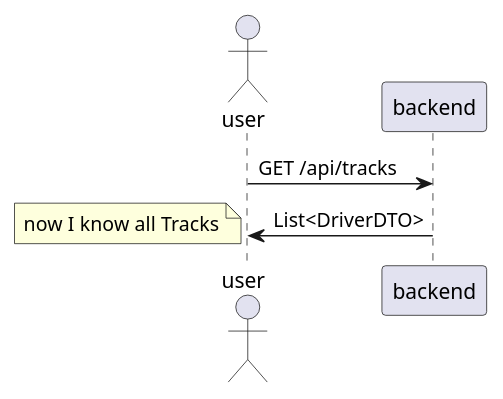
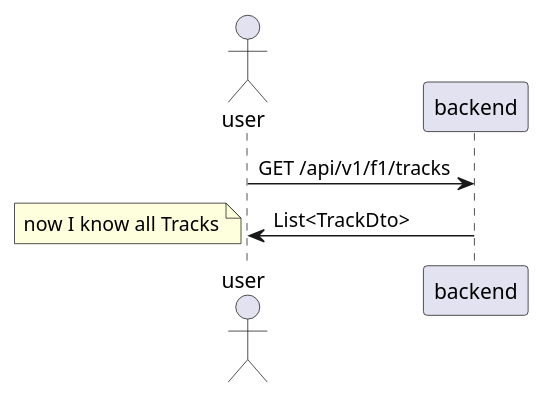
The fifth of 5 diagrams in Formel1.adoc (Noeell/openapiproject), drawn with PlantUML before and after one commit. The commit also changed other lines of this file and 3 other files, not shown here.

```diff
--- a/Formel1.adoc
+++ b/Formel1.adoc
@@ -145,11 +143,11 @@
 [plantuml]
 ----
 @startuml
 
 actor user
-user -> backend : GET /api/tracks
-user <- backend : List<DriverDTO>
+user -> backend : GET /api/v1/f1/tracks
+user <- backend : List<TrackDto>
 note left: now I know all Tracks
 
 @enduml
 ----
```
